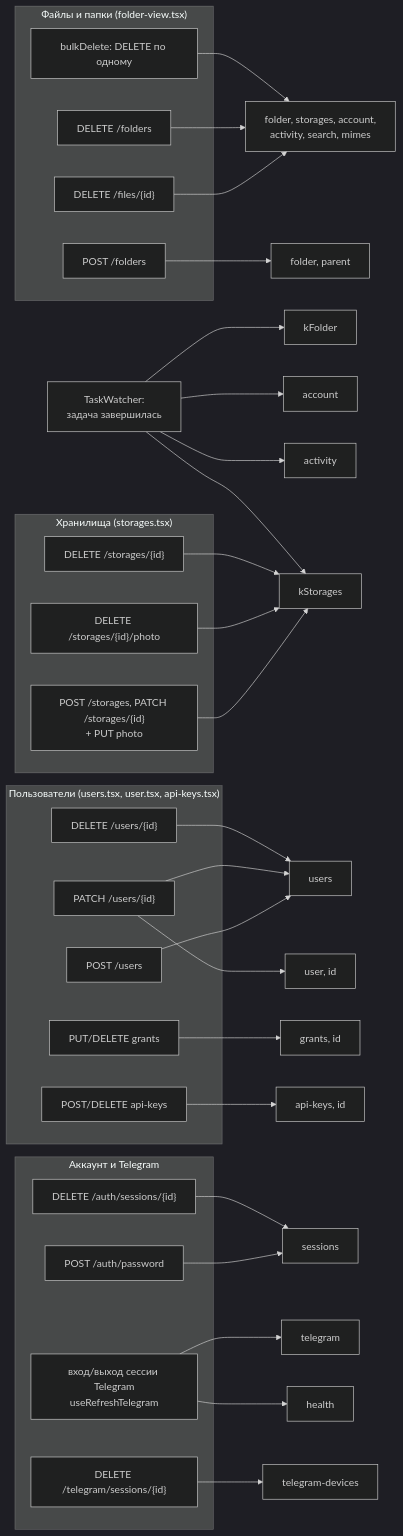
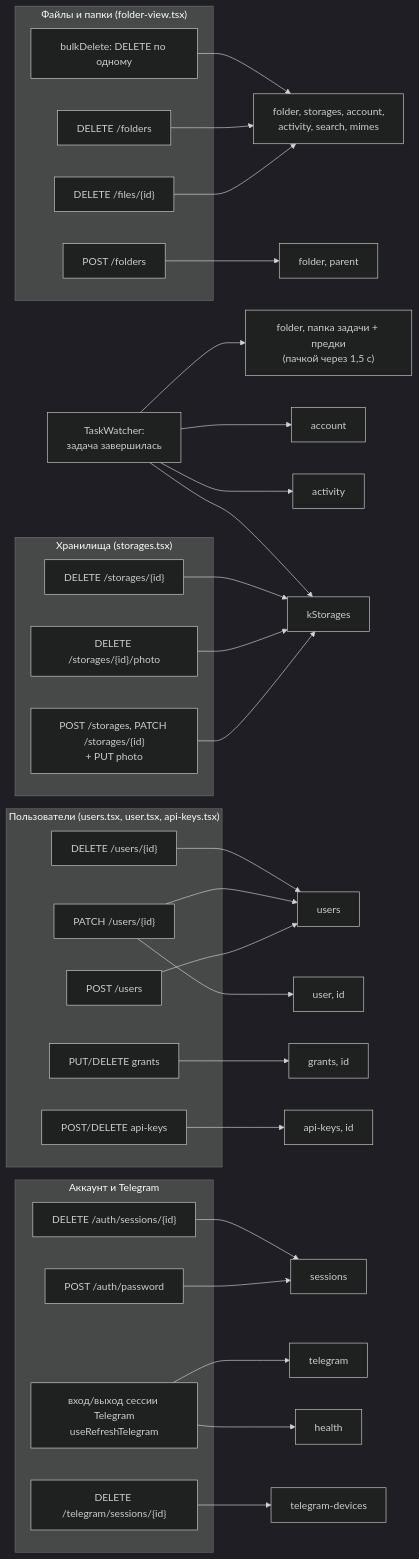
The first of 5 diagrams in docs/data-flow.md (NikitkaZXC/tcloud-frontend), drawn with Mermaid (dark theme) before and after one commit. The commit also changed 5 other files, not shown here.

````diff
--- a/docs/data-flow.md
+++ b/docs/data-flow.md
@@ -36,49 +36,49 @@
 ```mermaid
 flowchart LR
     subgraph files["Файлы и папки (folder-view.tsx)"]
         delFile["DELETE /files/{id}"]
         delFolder["DELETE /folders"]
         bulk["bulkDelete: DELETE по одному"]
         mkdir["POST /folders"]
     end
     subgraph st["Хранилища (storages.tsx)"]
         stSave["POST /storages, PATCH /storages/{id}<br/>+ PUT photo"]
         stPhoto["DELETE /storages/{id}/photo"]
         stDel["DELETE /storages/{id}"]
     end
     subgraph adm["Пользователи (users.tsx, user.tsx, api-keys.tsx)"]
         uCreate["POST /users"]
         uPatch["PATCH /users/{id}"]
         uDel["DELETE /users/{id}"]
         grant["PUT/DELETE grants"]
         key["POST/DELETE api-keys"]
     end
     subgraph acc["Аккаунт и Telegram"]
         pwd["POST /auth/password"]
         sess["DELETE /auth/sessions/{id}"]
         tgStep["вход/выход сессии Telegram<br/>useRefreshTelegram"]
         dev["DELETE /telegram/sessions/{id}"]
     end
     watcher["TaskWatcher:<br/>задача завершилась"]
 
     delFile & delFolder & bulk --> kDeleted["folder, storages, account,<br/>activity, search, mimes"]
     mkdir --> kFolderP["folder, parent"]
     stSave --> kStorages
     stPhoto --> kStorages
     stDel --> kStorages
     uCreate --> kUsers["users"]
     uPatch --> kUsers
     uPatch --> kUser["user, id"]
     uDel --> kUsers
     grant --> kGrants["grants, id"]
     key --> kKeys["api-keys, id"]
     pwd --> kSessions["sessions"]
     sess --> kSessions
     tgStep --> kTelegram["telegram"]
     tgStep --> kHealth["health"]
     dev --> kDevices["telegram-devices"]
-    watcher --> kFolder
+    watcher --> kFolderT["folder, папка задачи + предки<br/>(пачкой через 1,5 с)"]
     watcher --> kStorages
     watcher --> kAccount["account"]
     watcher --> kActivity["activity"]
 ```
````
